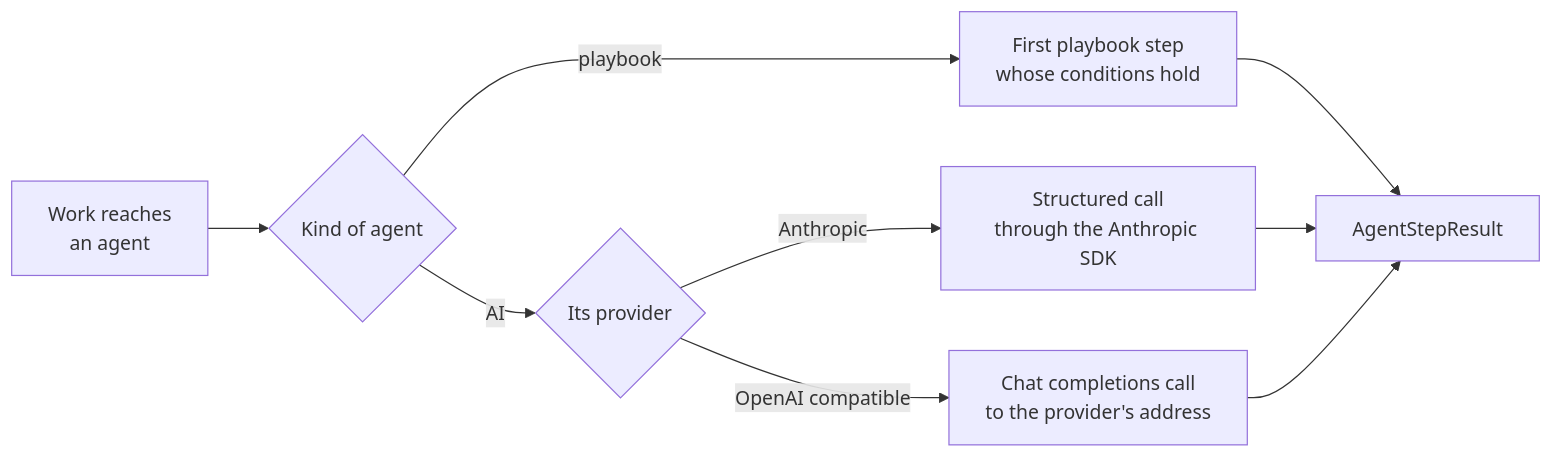
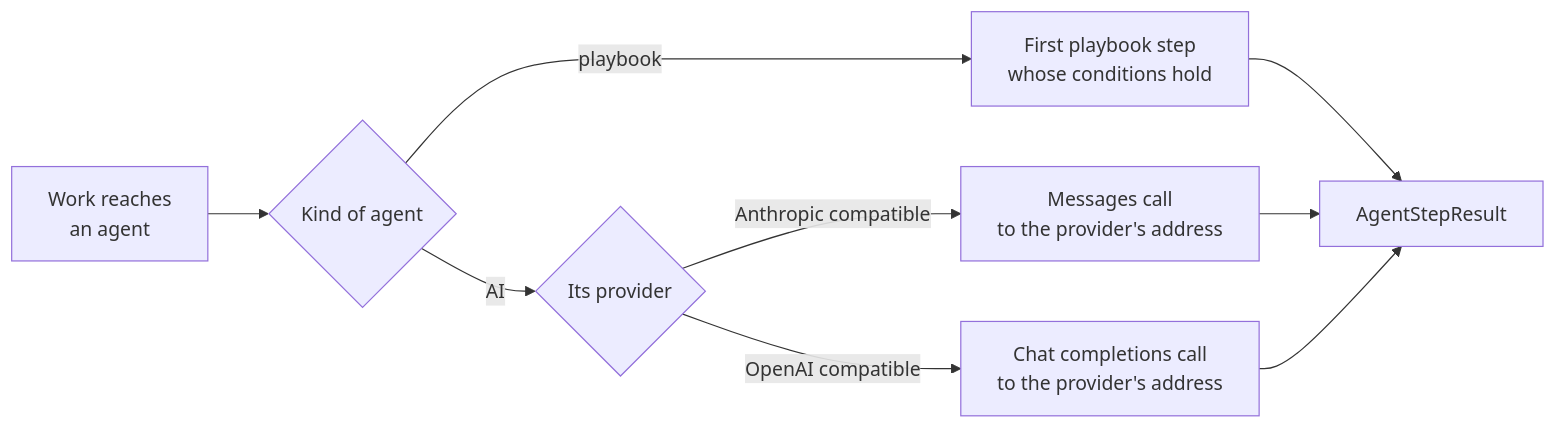
The fifth of 16 diagrams in README.md (seyitgkc/ai-virtual-office), drawn with Mermaid before and after one commit. The commit also changed other lines of this file and 10 other files, not shown here.

````diff
--- a/README.md
+++ b/README.md
@@ -1005,11 +1008,11 @@
 ```mermaid
 flowchart LR
   step["Work reaches<br/>an agent"] --> kind{"Kind of agent"}
   kind -->|playbook| book["First playbook step<br/>whose conditions hold"]
   kind -->|AI| prov{"Its provider"}
-  prov -->|Anthropic| claude["Structured call<br/>through the Anthropic SDK"]
+  prov -->|Anthropic compatible| messages["Messages call<br/>to the provider's address"]
   prov -->|OpenAI compatible| chat["Chat completions call<br/>to the provider's address"]
   book --> result["AgentStepResult"]
-  claude --> result
+  messages --> result
   chat --> result
 ```
````
